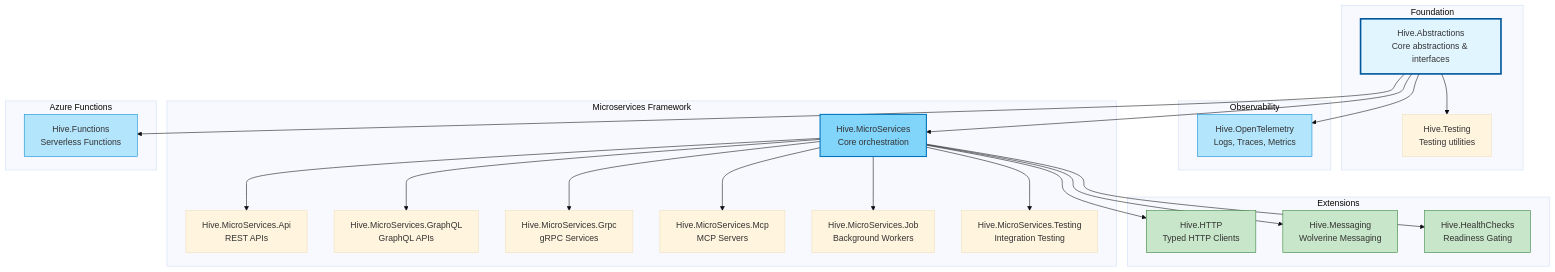
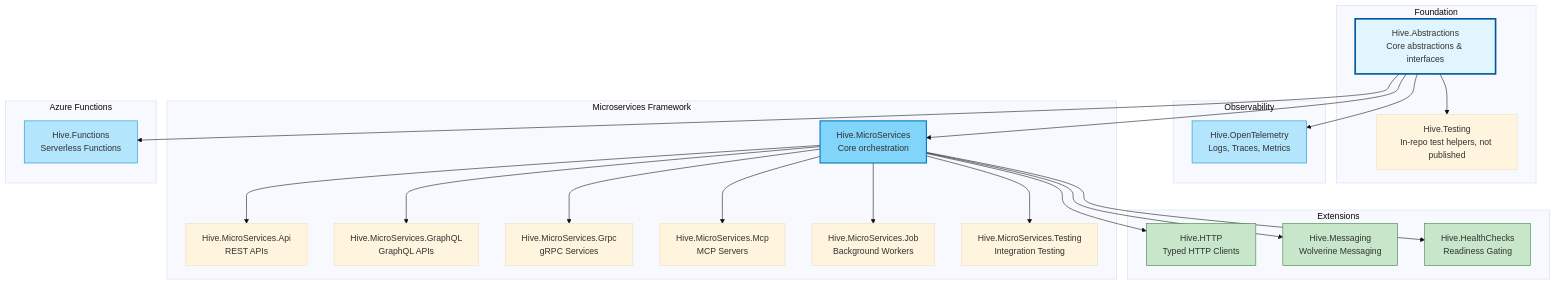
Before and after one commit to cloud-tek/hive: the diagram in README.md, drawn with Mermaid (base theme). The commit also changed other lines of this file and 3 other files, not shown here.

````diff
--- a/README.md
+++ b/README.md
@@ -81,53 +81,53 @@
 ```mermaid
 graph TB
     subgraph "Foundation"
         Abstractions[Hive.Abstractions<br/>Core abstractions & interfaces]
-        Testing[Hive.Testing<br/>Testing utilities]
+        Testing[Hive.Testing<br/>In-repo test helpers, not published]
     end
 
     subgraph "Observability"
         OpenTelemetry[Hive.OpenTelemetry<br/>Logs, Traces, Metrics]
     end
 
     subgraph "Extensions"
         HTTP[Hive.HTTP<br/>Typed HTTP Clients]
         Messaging[Hive.Messaging<br/>Wolverine Messaging]
         HealthChecks[Hive.HealthChecks<br/>Readiness Gating]
     end
 
     subgraph "Microservices Framework"
         MicroServices[Hive.MicroServices<br/>Core orchestration]
         Api[Hive.MicroServices.Api<br/>REST APIs]
         GraphQL[Hive.MicroServices.GraphQL<br/>GraphQL APIs]
         Grpc[Hive.MicroServices.Grpc<br/>gRPC Services]
         Mcp[Hive.MicroServices.Mcp<br/>MCP Servers]
         Job[Hive.MicroServices.Job<br/>Background Workers]
         MSTesting[Hive.MicroServices.Testing<br/>Integration Testing]
     end
 
     subgraph "Azure Functions"
         Functions[Hive.Functions<br/>Serverless Functions]
     end
 
     Abstractions --> Testing
     Abstractions --> OpenTelemetry
     Abstractions --> MicroServices
     Abstractions --> Functions
     MicroServices --> Api
     MicroServices --> GraphQL
     MicroServices --> Grpc
     MicroServices --> Mcp
     MicroServices --> Job
     MicroServices --> MSTesting
     MicroServices --> HTTP
     MicroServices --> Messaging
     MicroServices --> HealthChecks
 
     style Abstractions fill:#e1f5ff,stroke:#01579b,stroke-width:3px
     style MicroServices fill:#81d4fa,stroke:#0277bd,stroke-width:2px
     style OpenTelemetry fill:#b3e5fc,stroke:#0288d1
     style Functions fill:#b3e5fc,stroke:#0288d1
     style HTTP fill:#c8e6c9,stroke:#2e7d32
     style Messaging fill:#c8e6c9,stroke:#2e7d32
     style HealthChecks fill:#c8e6c9,stroke:#2e7d32
 ```
````
